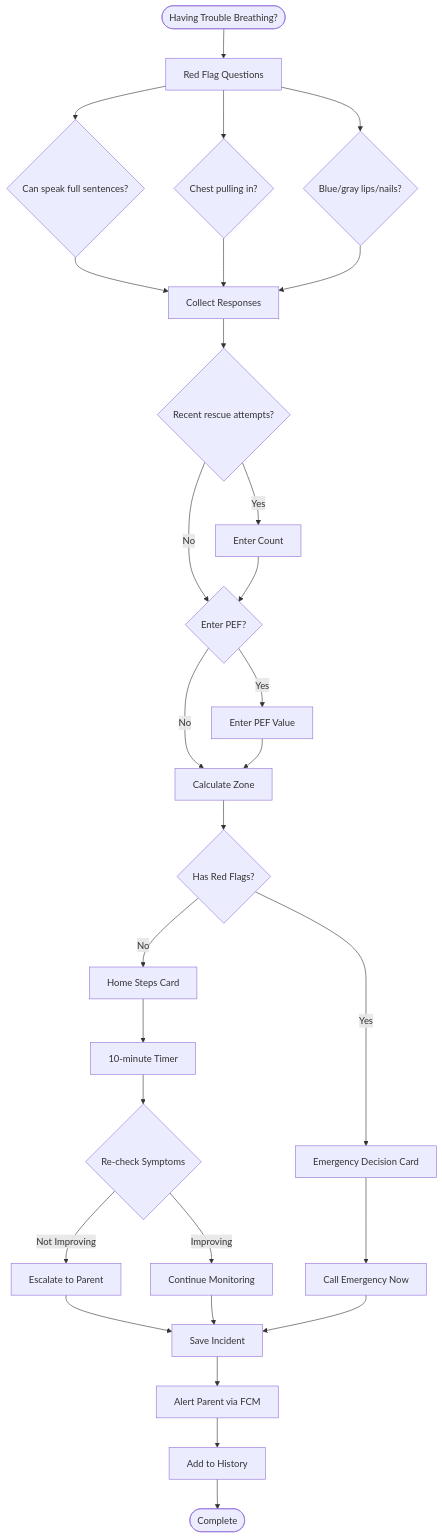
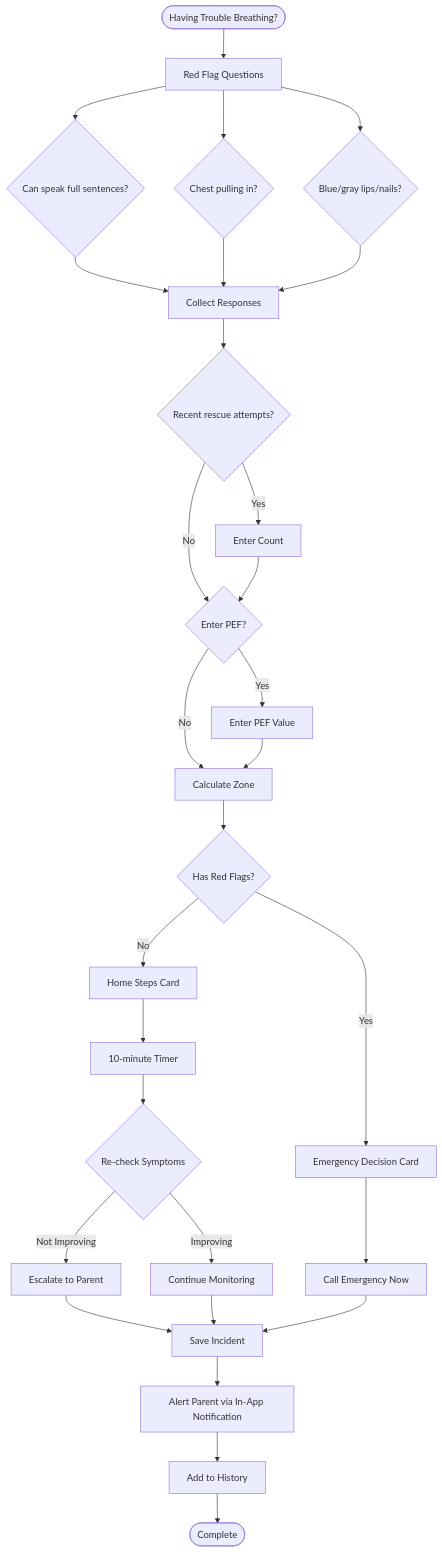
One commit to billy-enrizky/Smart-AIR changed diagram 12 of 17 in README.md. Above: the diagram before and after it, drawn with Mermaid. The commit also changed other lines of this file, not shown here.

````diff
--- a/README.md
+++ b/README.md
@@ -523,38 +508,38 @@
 ```mermaid
 flowchart TD
     Start([Having Trouble Breathing?]) --> RedFlags[Red Flag Questions]
     RedFlags --> Q1{Can speak full sentences?}
     RedFlags --> Q2{Chest pulling in?}
     RedFlags --> Q3{Blue/gray lips/nails?}
     
     Q1 --> Collect[Collect Responses]
     Q2 --> Collect
     Q3 --> Collect
     
     Collect --> RescueQ{Recent rescue attempts?}
     RescueQ -->|Yes| RescueCount[Enter Count]
     RescueQ -->|No| PEFQ
     RescueCount --> PEFQ{Enter PEF?}
     PEFQ -->|Yes| PEFEntry[Enter PEF Value]
     PEFQ -->|No| Calculate
     PEFEntry --> Calculate[Calculate Zone]
     
     Calculate --> Decision{Has Red Flags?}
     Decision -->|Yes| Emergency[Emergency Decision Card]
     Decision -->|No| HomeSteps[Home Steps Card]
     
     Emergency --> Call911[Call Emergency Now]
     HomeSteps --> Timer[10-minute Timer]
     
     Timer --> Recheck{Re-check Symptoms}
     Recheck -->|Not Improving| Escalate[Escalate to Parent]
     Recheck -->|Improving| Continue[Continue Monitoring]
     
     Escalate --> Save[Save Incident]
     Continue --> Save
     Call911 --> Save
     
-    Save --> Alert[Alert Parent via FCM]
+    Save --> Alert[Alert Parent via In-App Notification]
     Alert --> History[Add to History]
     History --> End([Complete])
 ```
````
